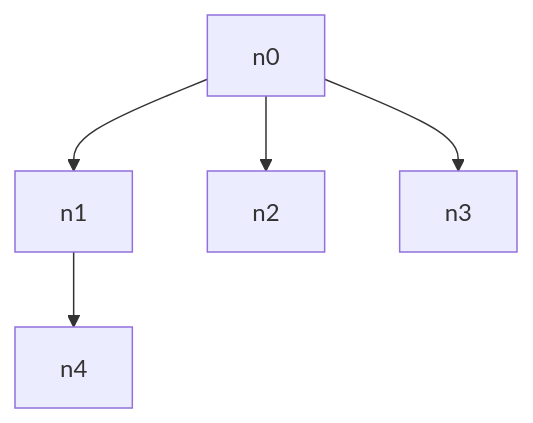
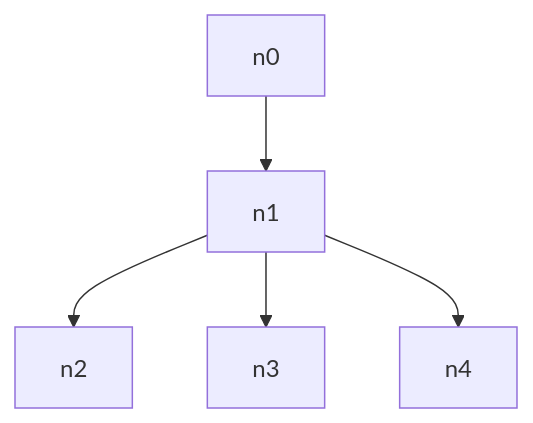
Before and after one commit to normrubin/normrubin.github.io: the second of 15 diagrams in lectures/05_global.qmd, drawn with Mermaid. The commit also changed other lines of this file and 4 other files, not shown here.

````diff
--- a/lectures/05_global.qmd
+++ b/lectures/05_global.qmd
@@ -43,6 +56,6 @@
 ```{mermaid}
 graph TD;
 n0 --> n1;
-n0 --> n2;n0 --> n3
+n1 --> n2;n1 --> n3
 n1 --> n4;
 ```
````
